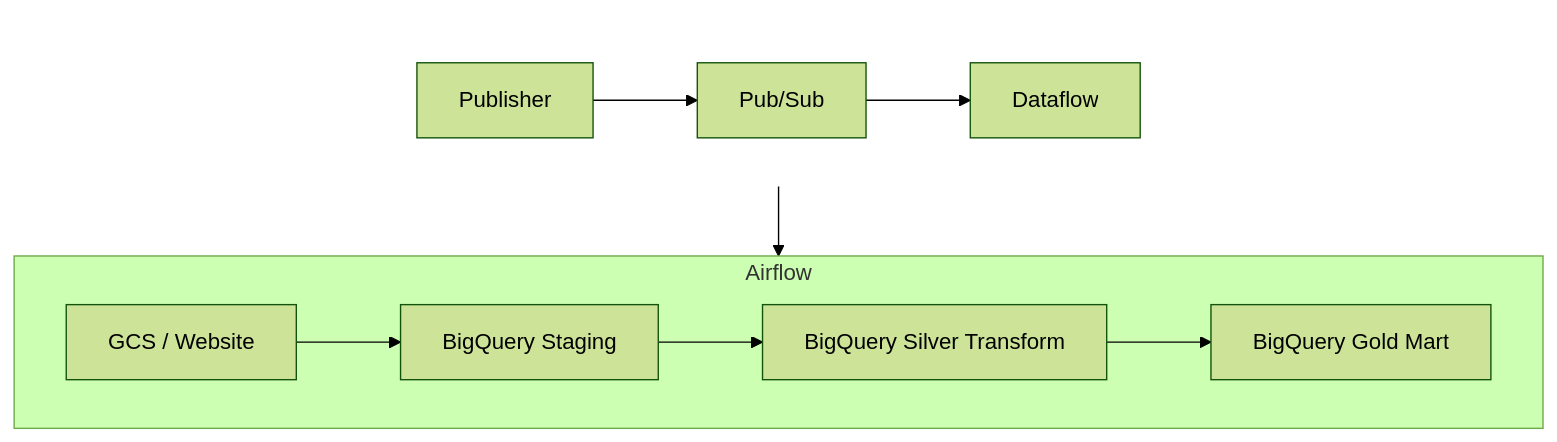
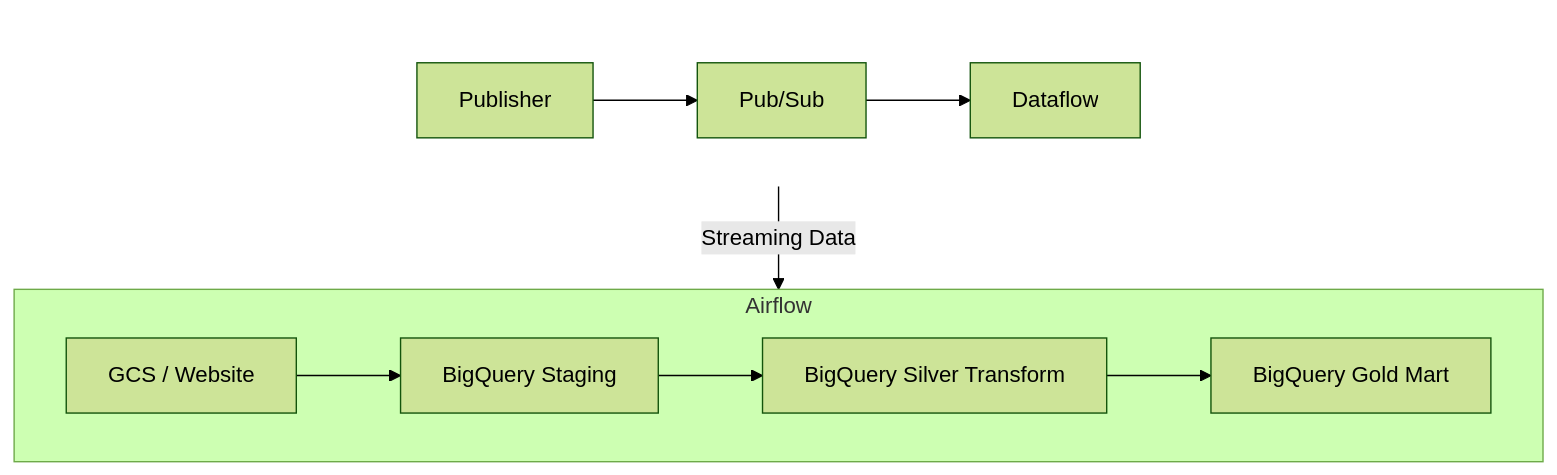
One commit to jonathansionk/capstone3_green_taxi_batch_streaming_data_pipeline changed the diagram in README.md. Above: the diagram before and after it, drawn with Mermaid (forest theme).

````diff
--- a/README.md
+++ b/README.md
@@ -23,19 +23,35 @@
 ```mermaid
 flowchart TB
 
+    %% Alur streaming di bagian atas
     subgraph STREAMING[" "]
         direction LR
-        PUBLISHER["Publisher"] --> PUBSUB["Pub/Sub"] --> DATAFLOW["Dataflow"]
+
+        PUBLISHER["Publisher"]
+        PUBSUB["Pub/Sub"]
+        DATAFLOW["Dataflow"]
+
+        PUBLISHER --> PUBSUB
+        PUBSUB --> DATAFLOW
     end
 
+    %% Alur batch dan transformasi di dalam Airflow
     subgraph AIRFLOW["Airflow"]
         direction LR
-        GCS["GCS / Website"] --> STAGING["BigQuery Staging"]
-        STAGING --> SILVER["BigQuery Silver Transform"]
-        SILVER --> GOLD["BigQuery Gold Mart"]
+
+        GCS["GCS / Website"]
+        STAGING["BigQuery Staging"]
+        SILVER["BigQuery Silver Transform"]
+        GOLD["BigQuery Gold Mart"]
+
+        GCS --> STAGING
+        STAGING --> SILVER
+        SILVER --> GOLD
     end
 
-    DATAFLOW --> STAGING
+    %% Dataflow mengirimkan data streaming ke BigQuery Staging
+    DATAFLOW -->|Streaming Data| STAGING
 
+    %% Menyembunyikan kotak pembungkus bagian streaming
     style STREAMING fill:transparent,stroke:transparent
 ```
````
